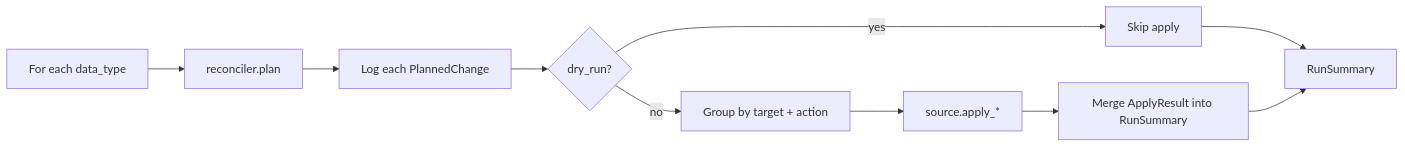
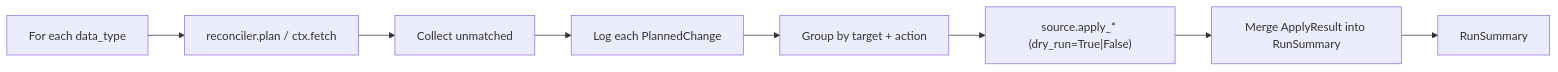
Before and after one commit to CampAsAChamp/plextraktbox: the fourth of 11 diagrams in docs/sync-flows.md, drawn with Mermaid. The commit also changed other lines of this file and 1 other file, not shown here.

Commit message:
docs: update diagrams to match

````diff
--- a/docs/sync-flows.md
+++ b/docs/sync-flows.md
@@ -100,12 +99,10 @@
 ```mermaid
 flowchart LR
-  A[For each data_type] --> B[reconciler.plan]
-  B --> C[Log each PlannedChange]
-  C --> D{dry_run?}
-  D -->|yes| E[Skip apply]
-  D -->|no| F[Group by target + action]
-  F --> G[source.apply_*]
+  A[For each data_type] --> B[reconciler.plan / ctx.fetch]
+  B --> U[Collect unmatched]
+  U --> C[Log each PlannedChange]
+  C --> F[Group by target + action]
+  F --> G["source.apply_* (dry_run=True|False)"]
   G --> H[Merge ApplyResult into RunSummary]
-  E --> I[RunSummary]
-  H --> I
+  H --> I[RunSummary]
 ```
````
